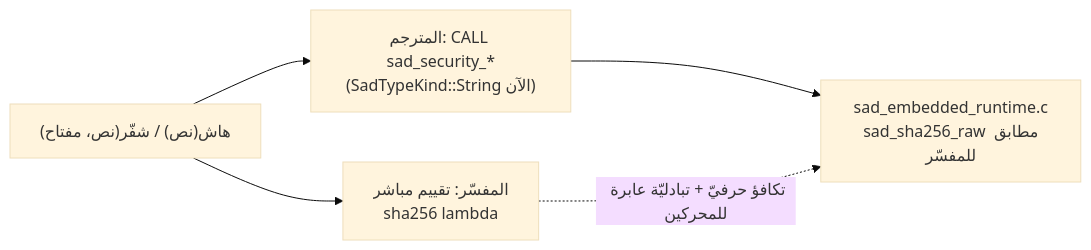
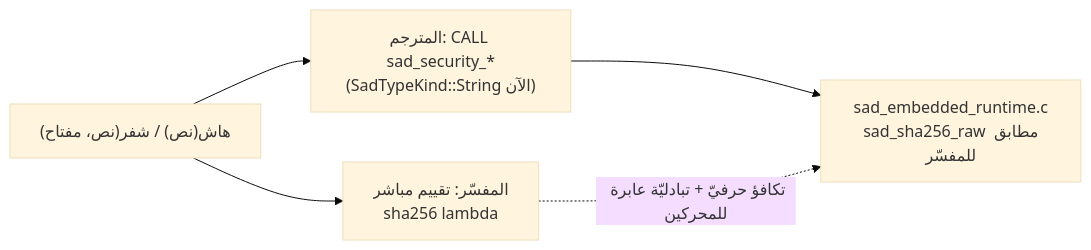
The second of 2 diagrams in src/backend/crypto-unification.md (sadlang/dev-guide), drawn with Mermaid (base theme) before and after one commit. The commit also changed other lines of this file and 22 other files, not shown here.

````diff
--- a/src/backend/crypto-unification.md
+++ b/src/backend/crypto-unification.md
@@ -59,7 +67,7 @@
 ```mermaid
 flowchart LR
-  SRC["هاش(نص) / شفّر(نص، مفتاح)"] --> INTP["المفسّر: تقييم مباشر<br/>sha256 lambda"]
+  SRC["هاش(نص) / شفر(نص، مفتاح)"] --> INTP["المفسّر: تقييم مباشر<br/>sha256 lambda"]
   SRC --> SIR["المترجم: CALL sad_security_*<br/>(SadTypeKind::String الآن)"]
   SIR --> RT["sad_embedded_runtime.c<br/>sad_sha256_raw مطابق للمفسّر"]
   INTP -.->|"تكافؤ حرفيّ + تبادليّة عابرة للمحركين"| RT
 ```
````
